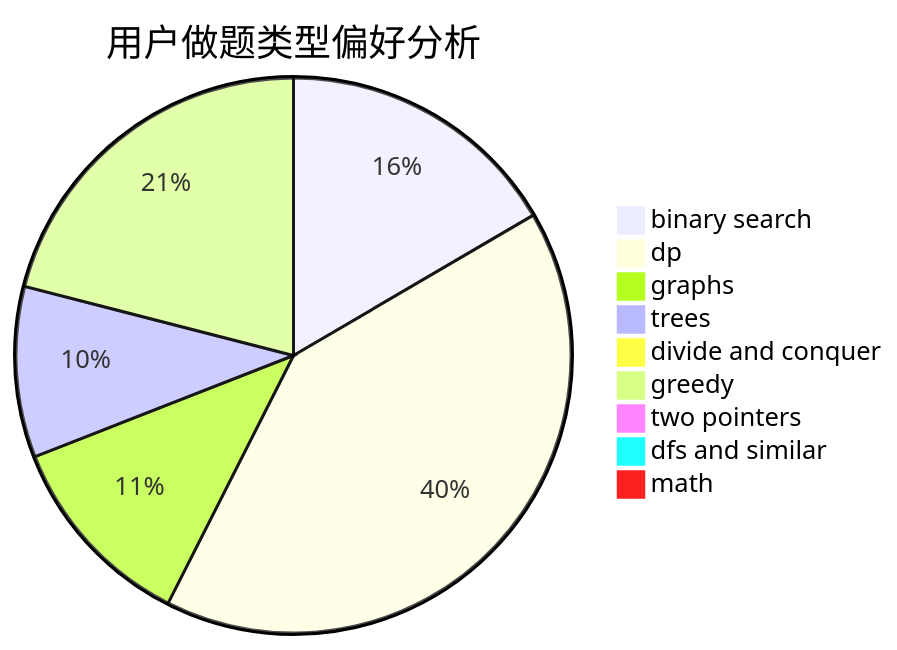
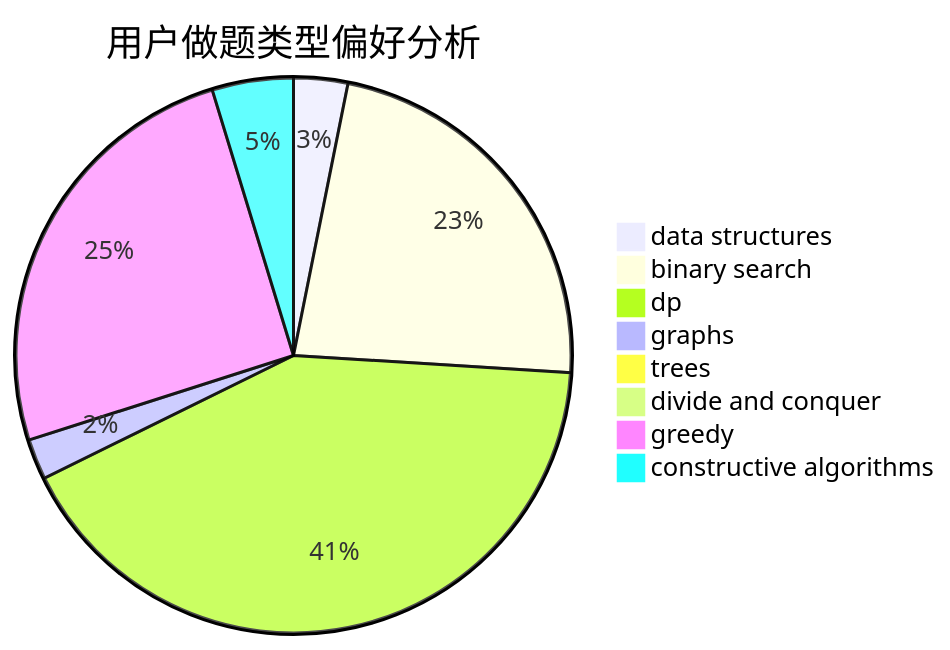
One commit to sherpahu/cfrs.github.io changed the second of 3 diagrams in docs/user/u2326.md. Above: the diagram before and after it, drawn with Mermaid. The commit also changed other lines of this file and 2775 other files, not shown here.

````diff
--- a/docs/user/u2326.md
+++ b/docs/user/u2326.md
@@ -23,12 +23,11 @@
 ```mermaid
 pie title 用户做题类型偏好分析
-    "binary search" :  30
-    "dp" :  74
-    "graphs" :  21
-    "trees" :  18
+    "data structures" :  4
+    "binary search" :  29
+    "dp" :  53
+    "graphs" :  3
+    "trees" :  1
     "divide and conquer" :  0
-    "greedy" :  38
-    "two pointers" :  0
-    "dfs and similar" :  1
-    "math" :  1
+    "greedy" :  32
+    "constructive algorithms" :  6
 ```
````
